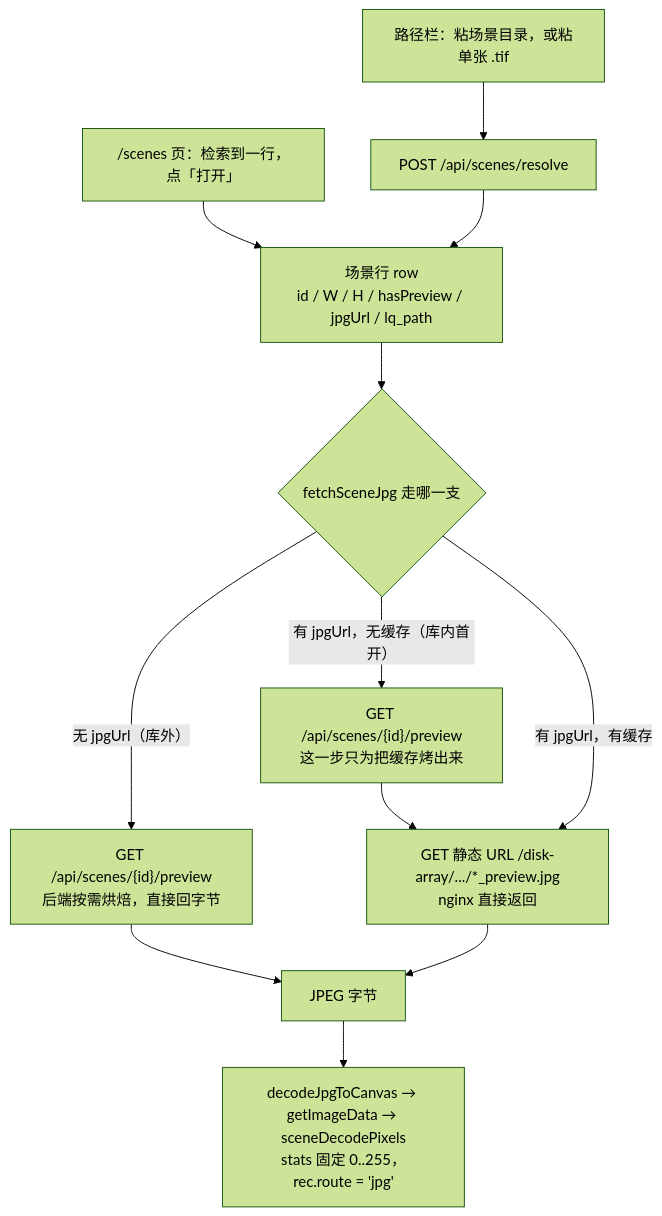
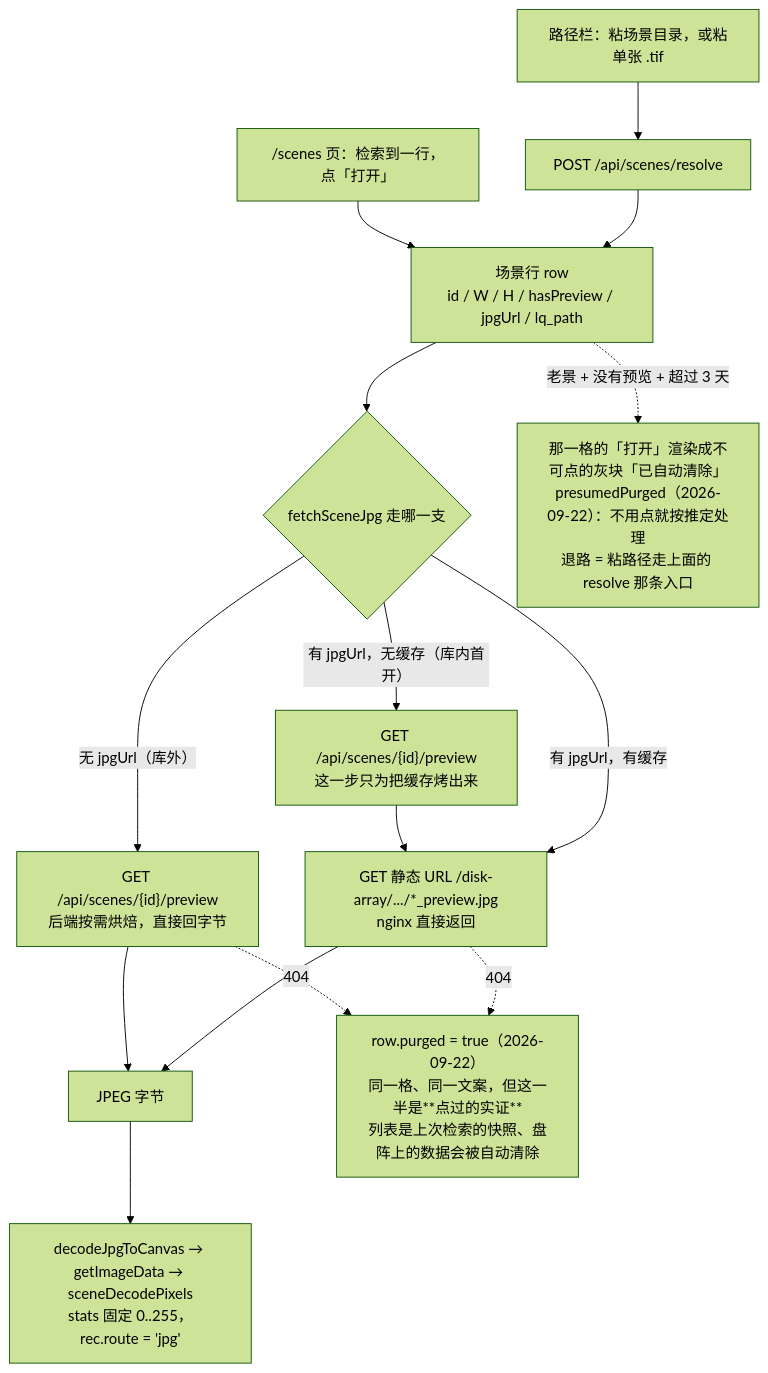
Before and after one commit to Jason001028/sr_agent_platform: the first of 3 diagrams in docs/knowledge/preview-bake-pipeline.md, drawn with Mermaid (forest theme). The commit also changed other lines of this file and 9 other files, not shown here.

````diff
--- a/docs/knowledge/preview-bake-pipeline.md
+++ b/docs/knowledge/preview-bake-pipeline.md
@@ -70,16 +70,19 @@
 ```mermaid
 flowchart TD
     IN1["/scenes 页：检索到一行，点「打开」"] --> ROW
     IN2["路径栏：粘场景目录，或粘单张 .tif"] --> RESOLVE["POST /api/scenes/resolve"]
     RESOLVE --> ROW["场景行 row<br/>id / W / H / hasPreview / jpgUrl / lq_path"]
 
     ROW --> FETCH{"fetchSceneJpg 走哪一支"}
 
     FETCH -->|"无 jpgUrl（库外）"| P1["GET /api/scenes/{id}/preview<br/>后端按需烘焙，直接回字节"]
     FETCH -->|"有 jpgUrl，无缓存（库内首开）"| P2["GET /api/scenes/{id}/preview<br/>这一步只为把缓存烤出来"] --> P3
     FETCH -->|"有 jpgUrl，有缓存"| P3["GET 静态 URL /disk-array/.../*_preview.jpg<br/>nginx 直接返回"]
 
     P1 --> BLOB["JPEG 字节"]
     P3 --> BLOB
+    ROW -.->|"老景 + 没有预览 + 超过 3 天"| GONE["那一格的「打开」渲染成不可点的灰块「已自动清除」<br/>presumedPurged（2026-09-22）：不用点就按推定处理<br/>退路 = 粘路径走上面的 resolve 那条入口"]
+    P1 -.->|"404"| GONE2["row.purged = true（2026-09-22）<br/>同一格、同一文案，但这一半是**点过的实证**<br/>列表是上次检索的快照、盘阵上的数据会被自动清除"]
+    P3 -.->|"404"| GONE2
     BLOB --> DISP["decodeJpgToCanvas → getImageData → sceneDecodePixels<br/>stats 固定 0..255，rec.route = 'jpg'"]
 ```
````
